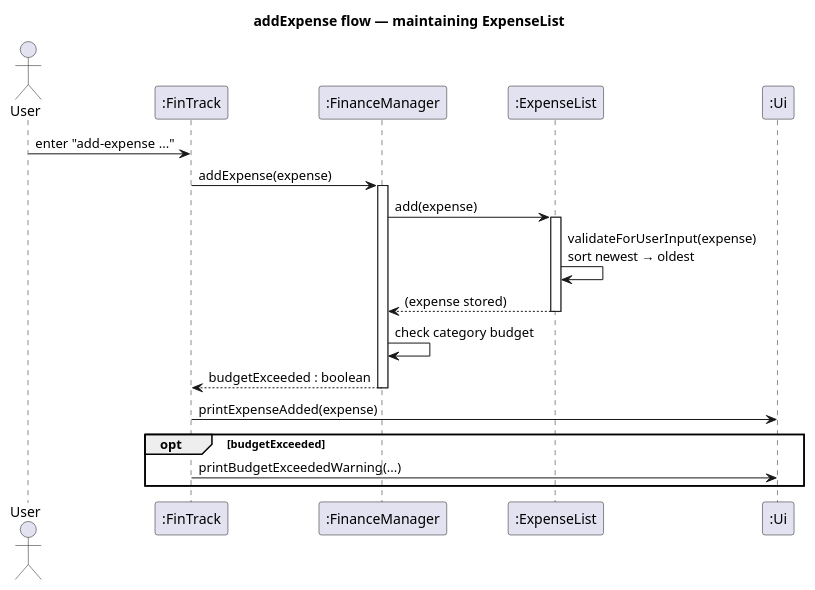
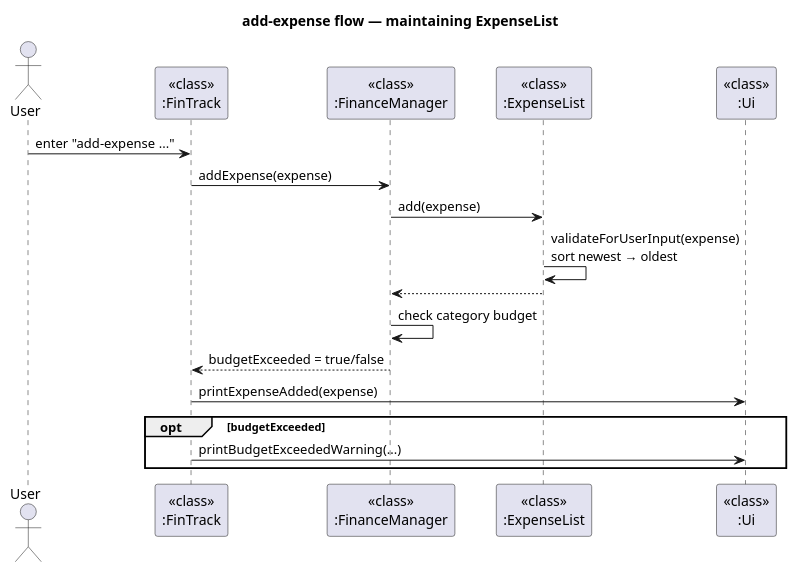
The diagram in docs/diagrams/FinanceManager_add-expense_DG.puml (AY2526S1-CS2113-W12-4/tp), drawn with PlantUML before and after one commit. The commit also changed 1 other file, not shown here.

Commit message:
Make sequence diagram for add-expense more clear

```diff
--- a/docs/diagrams/FinanceManager_add-expense_DG.puml
+++ b/docs/diagrams/FinanceManager_add-expense_DG.puml
@@ -1,27 +1,23 @@
 @startuml
-title addExpense flow — maintaining ExpenseList
+title add-expense flow — maintaining ExpenseList
 
 actor User
-participant ":FinTrack" as FinTrack
-participant ":FinanceManager" as FM
-participant ":ExpenseList" as ExpList
-participant ":Ui" as Ui
+participant "<<class>>\n:FinTrack" as FinTrack
+participant "<<class>>\n:FinanceManager" as FM
+participant "<<class>>\n:ExpenseList" as ExpList
+participant "<<class>>\n:Ui" as Ui
 
 User -> FinTrack : enter "add-expense ..."
 FinTrack -> FM : addExpense(expense)
-activate FM
 FM -> ExpList : add(expense)
-activate ExpList
 ExpList -> ExpList : validateForUserInput(expense)\nsort newest → oldest
-ExpList --> FM : (expense stored)
-deactivate ExpList
+ExpList --> FM
 
 FM -> FM : check category budget
-FM --> FinTrack : budgetExceeded : boolean
-deactivate FM
+FM --> FinTrack : budgetExceeded = true/false
 
 FinTrack -> Ui : printExpenseAdded(expense)
 opt budgetExceeded
   FinTrack -> Ui : printBudgetExceededWarning(...)
 end
 @enduml
```
